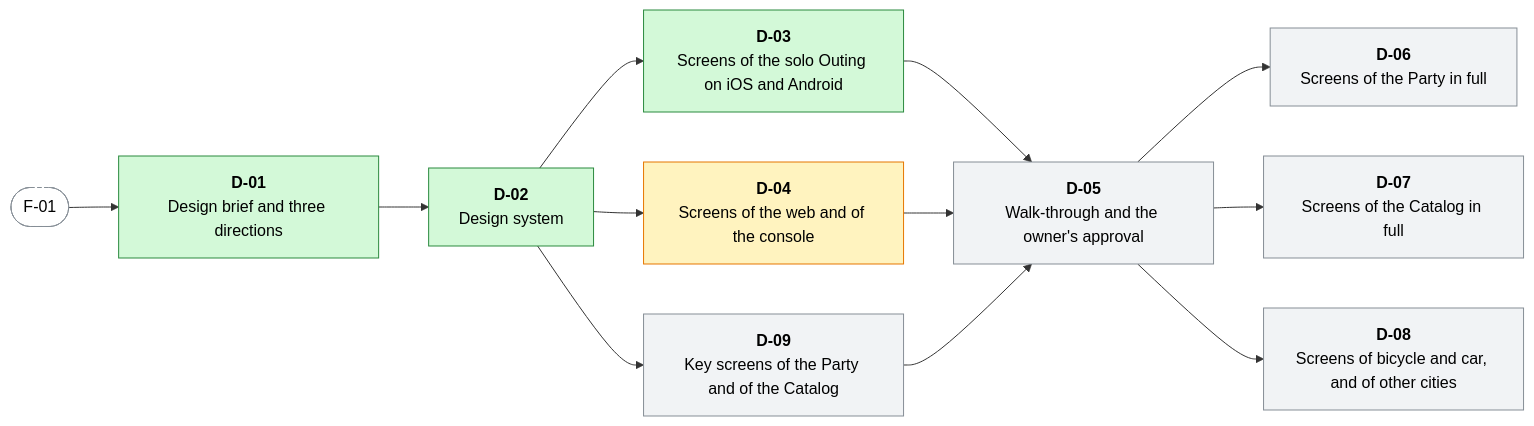
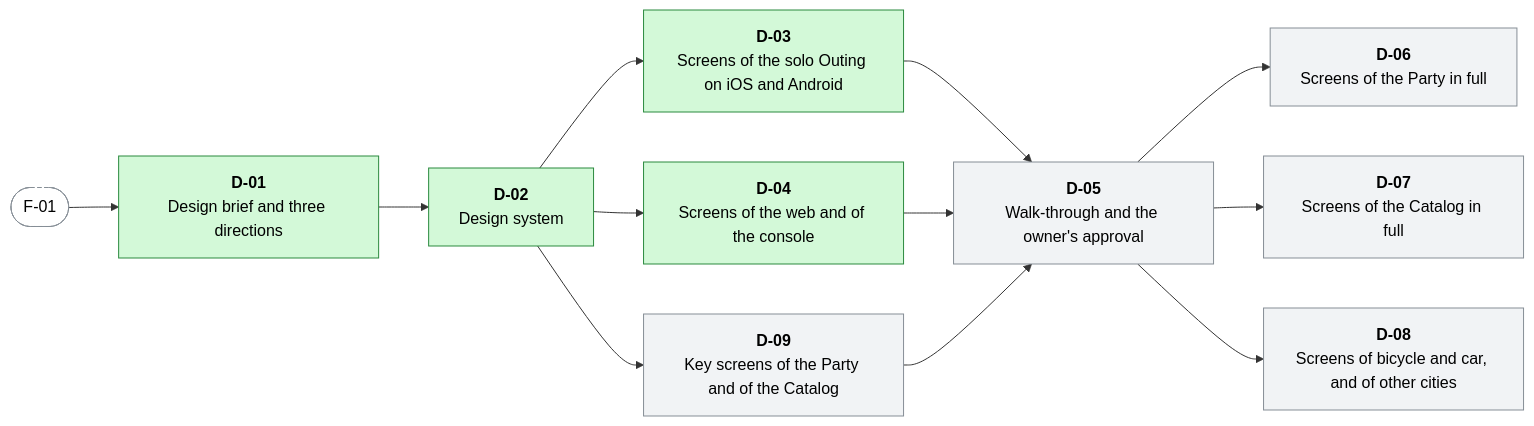
One commit to menisika/Smart-Tour-Guide-and-Itinerary-Planner changed the second of 17 diagrams in docs/WORK-PLAN.md. Above: the diagram before and after it, drawn with Mermaid. The commit also changed other lines of this file and 2 other files, not shown here.

First line of the commit message:
docs(design): close the web and the console on the owner's acceptance

````diff
--- a/docs/WORK-PLAN.md
+++ b/docs/WORK-PLAN.md
@@ -272,29 +272,29 @@
 ```mermaid
 flowchart LR
   classDef done fill:#d3f9d8,stroke:#2b8a3e,color:#000
   classDef progress fill:#fff3bf,stroke:#e67700,color:#000
   classDef blocked fill:#ffe3e3,stroke:#c92a2a,color:#000
   classDef todo fill:#f1f3f5,stroke:#868e96,color:#000
   classDef outside fill:#ffffff,stroke:#868e96,stroke-dasharray:4 3,color:#000
   D_01["<b>D-01</b><br/>Design brief and three directions"]:::done
   D_02["<b>D-02</b><br/>Design system"]:::done
   D_03["<b>D-03</b><br/>Screens of the solo Outing on iOS and Android"]:::done
-  D_04["<b>D-04</b><br/>Screens of the web and of the console"]:::progress
+  D_04["<b>D-04</b><br/>Screens of the web and of the console"]:::done
   D_09["<b>D-09</b><br/>Key screens of the Party and of the Catalog"]:::todo
   D_05["<b>D-05</b><br/>Walk-through and the owner's approval"]:::todo
   D_06["<b>D-06</b><br/>Screens of the Party in full"]:::todo
   D_07["<b>D-07</b><br/>Screens of the Catalog in full"]:::todo
   D_08["<b>D-08</b><br/>Screens of bicycle and car, and of other cities"]:::todo
   F_01(["F-01"]):::outside
   F_01 --> D_01
   D_01 --> D_02
   D_02 --> D_03
   D_02 --> D_04
   D_02 --> D_09
   D_03 --> D_05
   D_04 --> D_05
   D_09 --> D_05
   D_05 --> D_06
   D_05 --> D_07
   D_05 --> D_08
 ```
````
